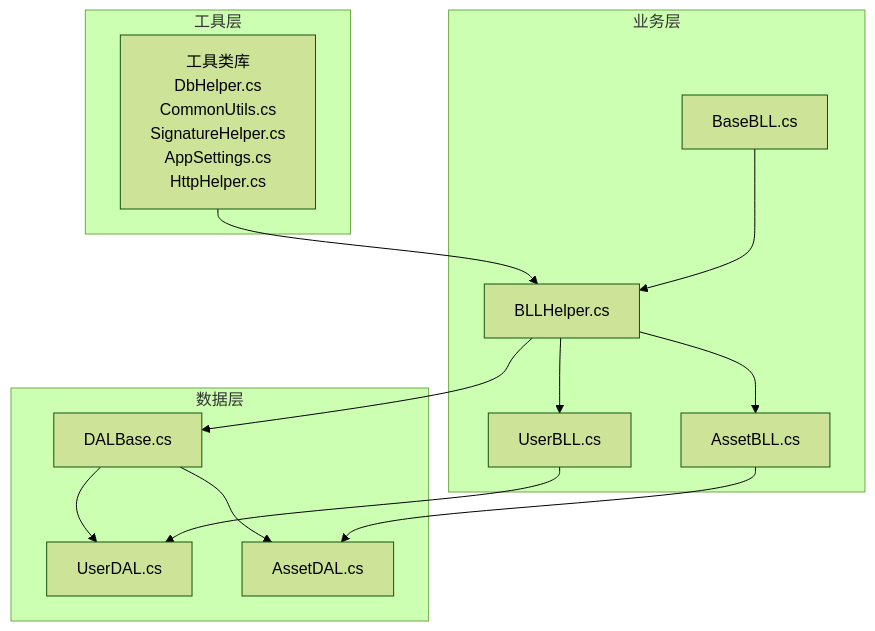
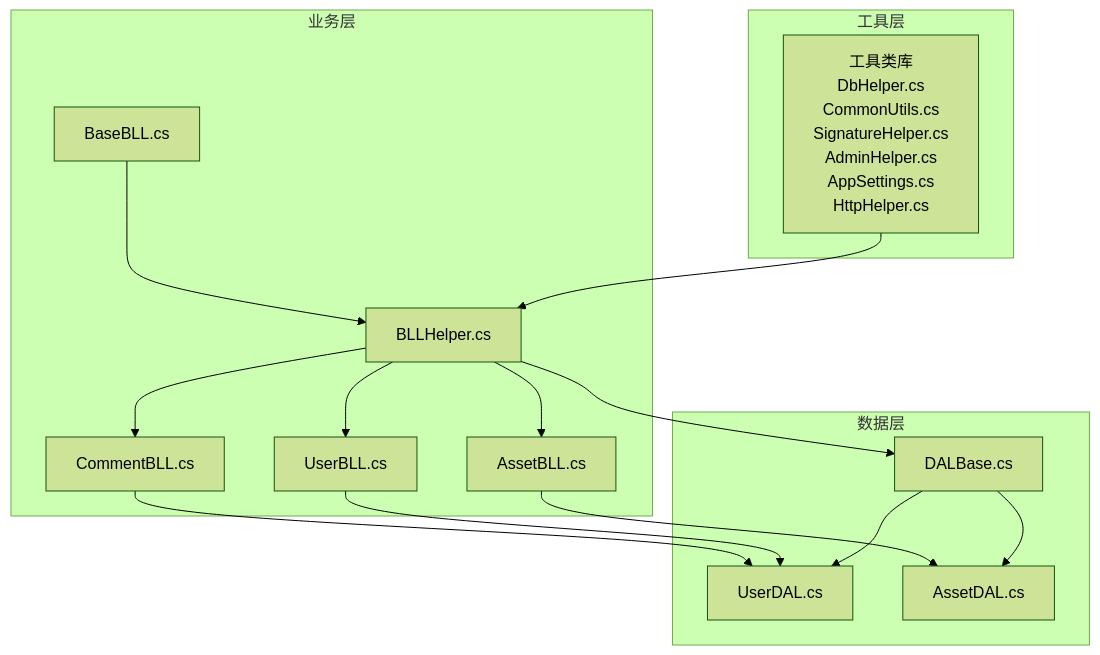
One commit to TinyMaD/SpeedRunnersLab changed the first of 8 diagrams in .qoder/repowiki/zh/content/后端 API 服务/工具类库/工具类库.md. Above: the diagram before and after it, drawn with Mermaid (forest theme). The commit also changed other lines of this file and 29 other files, not shown here.

````diff
--- a/.qoder/repowiki/zh/content/后端 API 服务/工具类库/工具类库.md
+++ b/.qoder/repowiki/zh/content/后端 API 服务/工具类库/工具类库.md
@@ -44,26 +48,29 @@
 ```mermaid
 graph TB
 subgraph "工具层"
-Utils["工具类库<br/>DbHelper.cs<br/>CommonUtils.cs<br/>SignatureHelper.cs<br/>AppSettings.cs<br/>HttpHelper.cs"]
+Utils["工具类库<br/>DbHelper.cs<br/>CommonUtils.cs<br/>SignatureHelper.cs<br/>AdminHelper.cs<br/>AppSettings.cs<br/>HttpHelper.cs"]
 end
 subgraph "业务层"
 BLLBase["BaseBLL.cs"]
 BLLHelper["BLLHelper<TDAL>.cs"]
 UserBLL["UserBLL.cs"]
 AssetBLL["AssetBLL.cs"]
+CommentBLL["CommentBLL.cs"]
 end
 subgraph "数据层"
 DALBase["DALBase.cs"]
 UserDAL["UserDAL.cs"]
 AssetDAL["AssetDAL.cs"]
 end
 Utils --> BLLHelper
 BLLBase --> BLLHelper
 BLLHelper --> UserBLL
 BLLHelper --> AssetBLL
+BLLHelper --> CommentBLL
 DALBase --> UserDAL
 DALBase --> AssetDAL
 BLLHelper --> DALBase
 UserBLL --> UserDAL
 AssetBLL --> AssetDAL
+CommentBLL --> UserDAL
 ```
````
